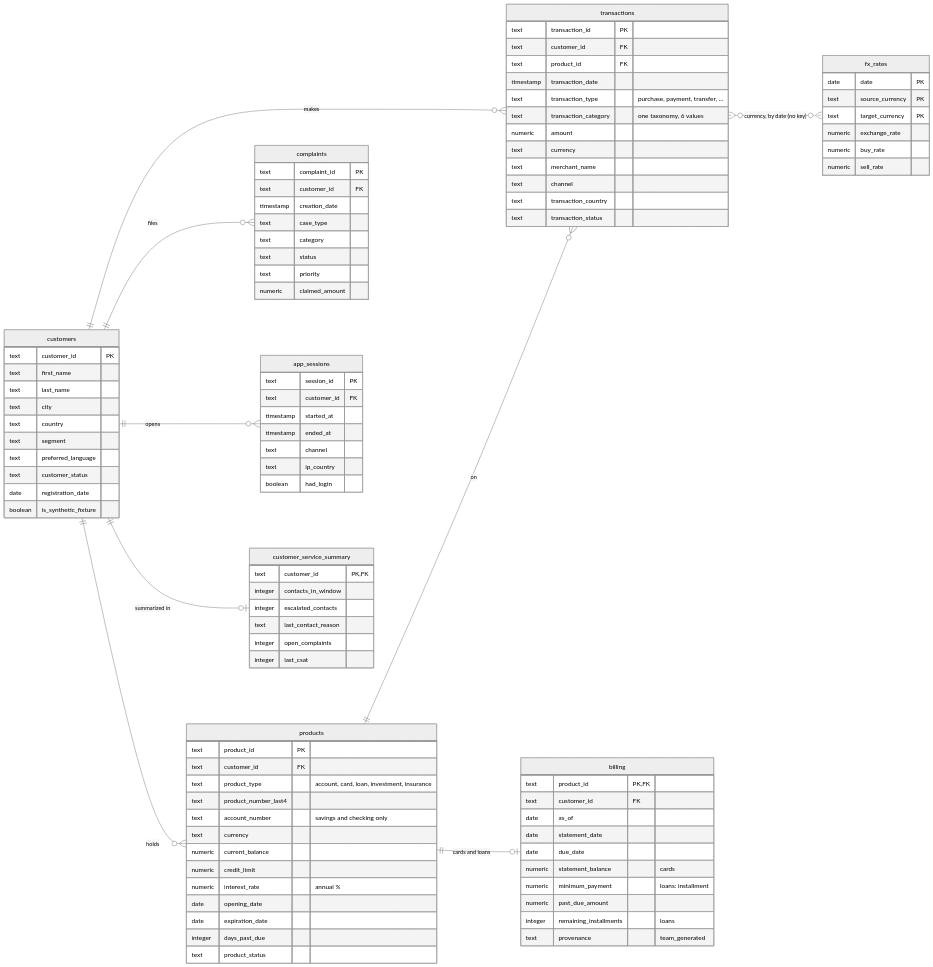
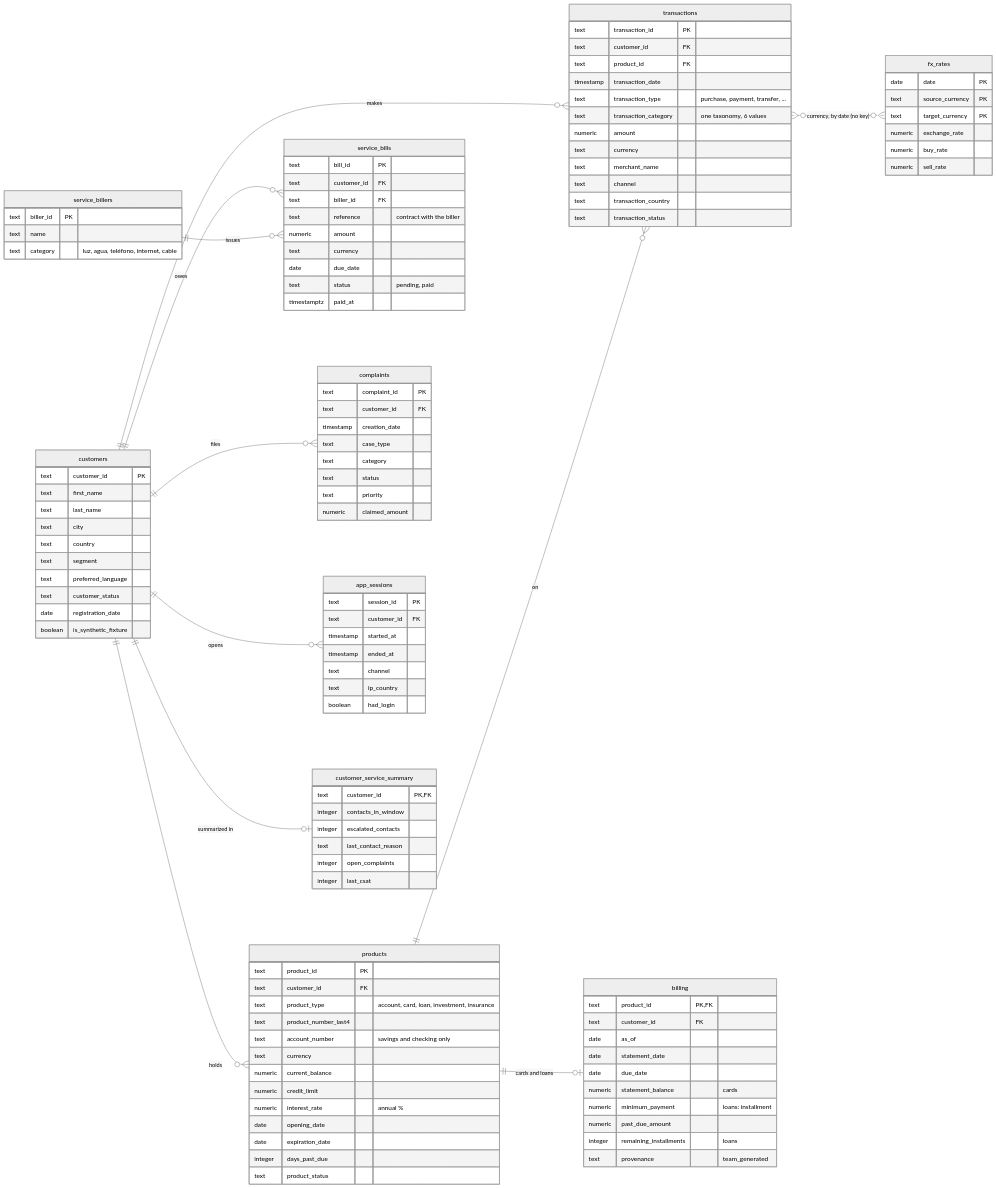
One commit to CristianLazoQuispe/factored-hackathon-2026-team-primos changed the diagram in docs/documentation/technical/diagrams/data_model.mmd. Above: the diagram before and after it, drawn with Mermaid (neutral theme). The commit also changed 4 other files, not shown here.

First line of the commit message:
docs(data): add service billers and bills to the data model

```diff
--- a/docs/documentation/technical/diagrams/data_model.mmd
+++ b/docs/documentation/technical/diagrams/data_model.mmd
@@ -1,102 +1,120 @@
 %% Data model of the `core` schema in Postgres (local) and Cloud SQL: the same tables in both.
 %% Only the columns the tools read are shown; the full definition is in schema.sql.
 %% Edit this file, then run `make diagrams` to regenerate data_model.svg / data_model.png.
 erDiagram
     direction LR
     fx_rates {
         date date PK
         text source_currency PK
         text target_currency PK
         numeric exchange_rate
         numeric buy_rate
         numeric sell_rate
     }
     customers ||--o{ products : "holds"
     customers ||--o{ transactions : "makes"
     products ||--o{ transactions : "on"
     products ||--o| billing : "cards and loans"
+    customers ||--o{ service_bills : "owes"
+    service_billers ||--o{ service_bills : "issues"
     customers ||--o{ complaints : "files"
     customers ||--o{ app_sessions : "opens"
     customers ||--o| customer_service_summary : "summarized in"
     transactions }o..o{ fx_rates : "currency, by date (no key)"
 
     customers {
         text customer_id PK
         text first_name
         text last_name
         text city
         text country
         text segment
         text preferred_language
         text customer_status
         date registration_date
         boolean is_synthetic_fixture
     }
     products {
         text product_id PK
         text customer_id FK
         text product_type "account, card, loan, investment, insurance"
         text product_number_last4
         text account_number "savings and checking only"
         text currency
         numeric current_balance
         numeric credit_limit
         numeric interest_rate "annual %"
         date opening_date
         date expiration_date
         integer days_past_due
         text product_status
     }
     transactions {
         text transaction_id PK
         text customer_id FK
         text product_id FK
         timestamp transaction_date
         text transaction_type "purchase, payment, transfer, ..."
         text transaction_category "one taxonomy, 6 values"
         numeric amount
         text currency
         text merchant_name
         text channel
         text transaction_country
         text transaction_status
     }
     billing {
         text product_id PK, FK
         text customer_id FK
         date as_of
         date statement_date
         date due_date
         numeric statement_balance "cards"
         numeric minimum_payment "loans: installment"
         numeric past_due_amount
         integer remaining_installments "loans"
         text provenance "team_generated"
     }
+    service_billers {
+        text biller_id PK
+        text name
+        text category "luz, agua, teléfono, internet, cable"
+    }
+    service_bills {
+        text bill_id PK
+        text customer_id FK
+        text biller_id FK
+        text reference "contract with the biller"
+        numeric amount
+        text currency
+        date due_date
+        text status "pending, paid"
+        timestamptz paid_at
+    }
     complaints {
         text complaint_id PK
         text customer_id FK
         timestamp creation_date
         text case_type
         text category
         text status
         text priority
         numeric claimed_amount
     }
     app_sessions {
         text session_id PK
         text customer_id FK
         timestamp started_at
         timestamp ended_at
         text channel
         text ip_country
         boolean had_login
     }
     customer_service_summary {
         text customer_id PK, FK
         integer contacts_in_window
         integer escalated_contacts
         text last_contact_reason
         integer open_complaints
         integer last_csat
     }
```
